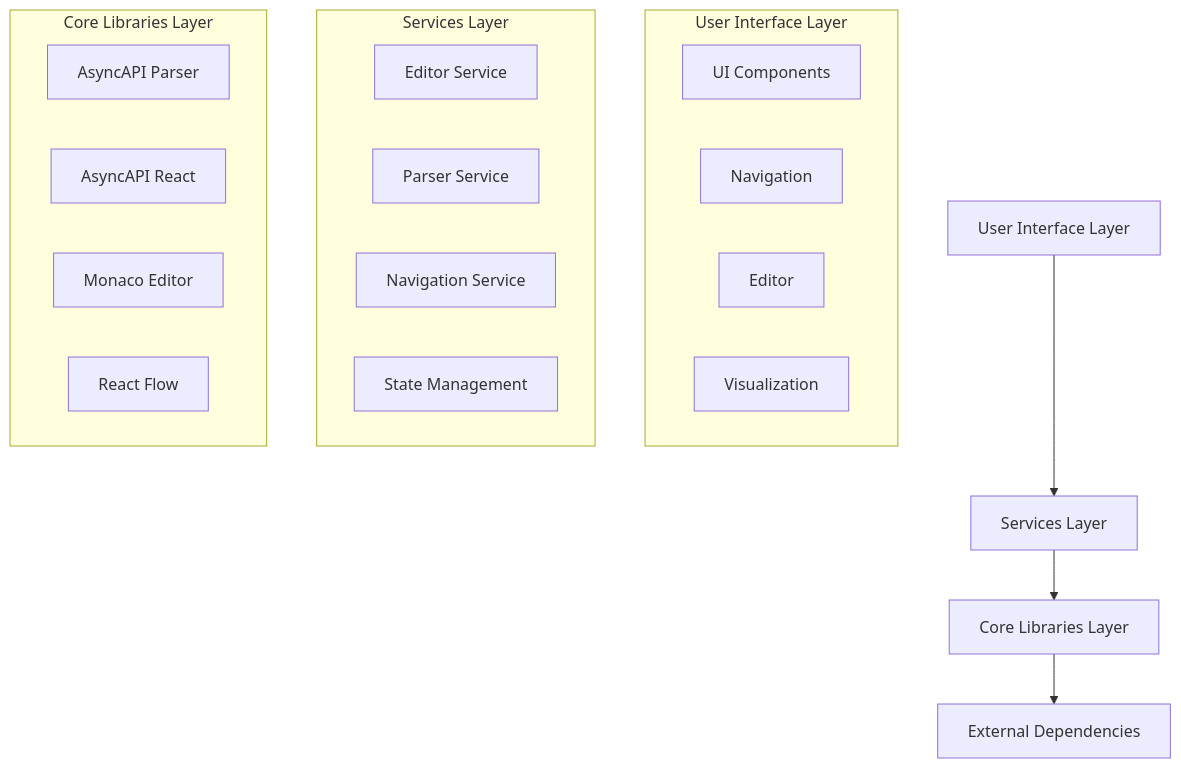
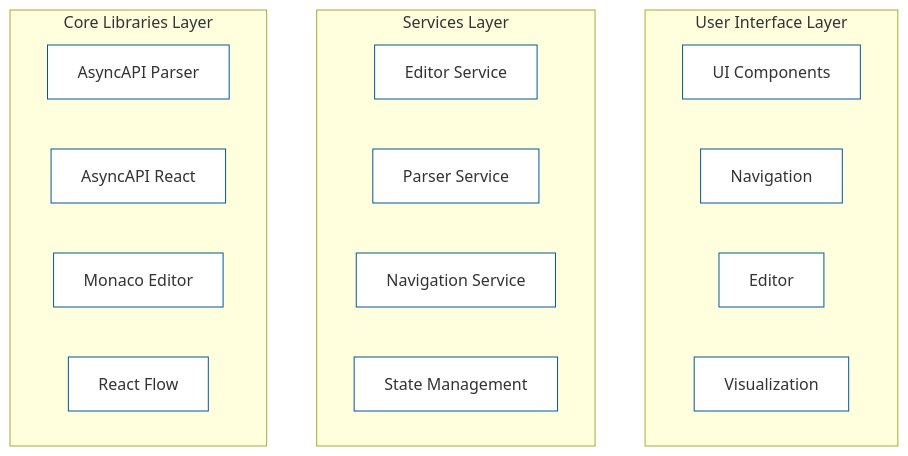
The second of 6 diagrams in markdown/docs/tools/studio/architecture.md (asyncapi/website), drawn with Mermaid before and after one commit. The commit also changed other lines of this file, not shown here.

Commit message:
modify architecture diagrams

````diff
--- a/markdown/docs/tools/studio/architecture.md
+++ b/markdown/docs/tools/studio/architecture.md
@@ -8,27 +25,29 @@
 ```mermaid
-graph TD;
-  A[User Interface Layer] --> B[Services Layer]
-  B --> C[Core Libraries Layer]
-  C --> D[External Dependencies]
-  
-  subgraph "User Interface Layer"
-    E[UI Components]
-    F[Navigation]
-    G[Editor]
-    H[Visualization]
-  end
-  
-  subgraph "Services Layer"
-    I[Editor Service]
-    J[Parser Service]
-    K[Navigation Service]
-    L[State Management]
-  end
-  
-  subgraph "Core Libraries Layer"
-    M[AsyncAPI Parser]
-    N[AsyncAPI React]
-    O[Monaco Editor]
-    P[React Flow]
-  end
+graph TD
+    classDef layer fill:#e1f5fe,stroke:#01579b,stroke-width:2px
+    classDef component fill:#fff,stroke:#01579b,stroke-width:1px
+    
+    subgraph UI[User Interface Layer]
+        direction LR
+        UI_C[UI Components]:::component
+        Nav[Navigation]:::component
+        Ed[Editor]:::component
+        Vis[Visualization]:::component
+    end
+
+    subgraph SL[Services Layer]
+        direction LR
+        ES[Editor Service]:::component
+        PS[Parser Service]:::component
+        NS[Navigation Service]:::component
+        SM[State Management]:::component
+    end
+
+    subgraph CL[Core Libraries Layer]
+        direction LR
+        AP[AsyncAPI Parser]:::component
+        AR[AsyncAPI React]:::component
+        ME[Monaco Editor]:::component
+        RF[React Flow]:::component
+    end
 ```
````
